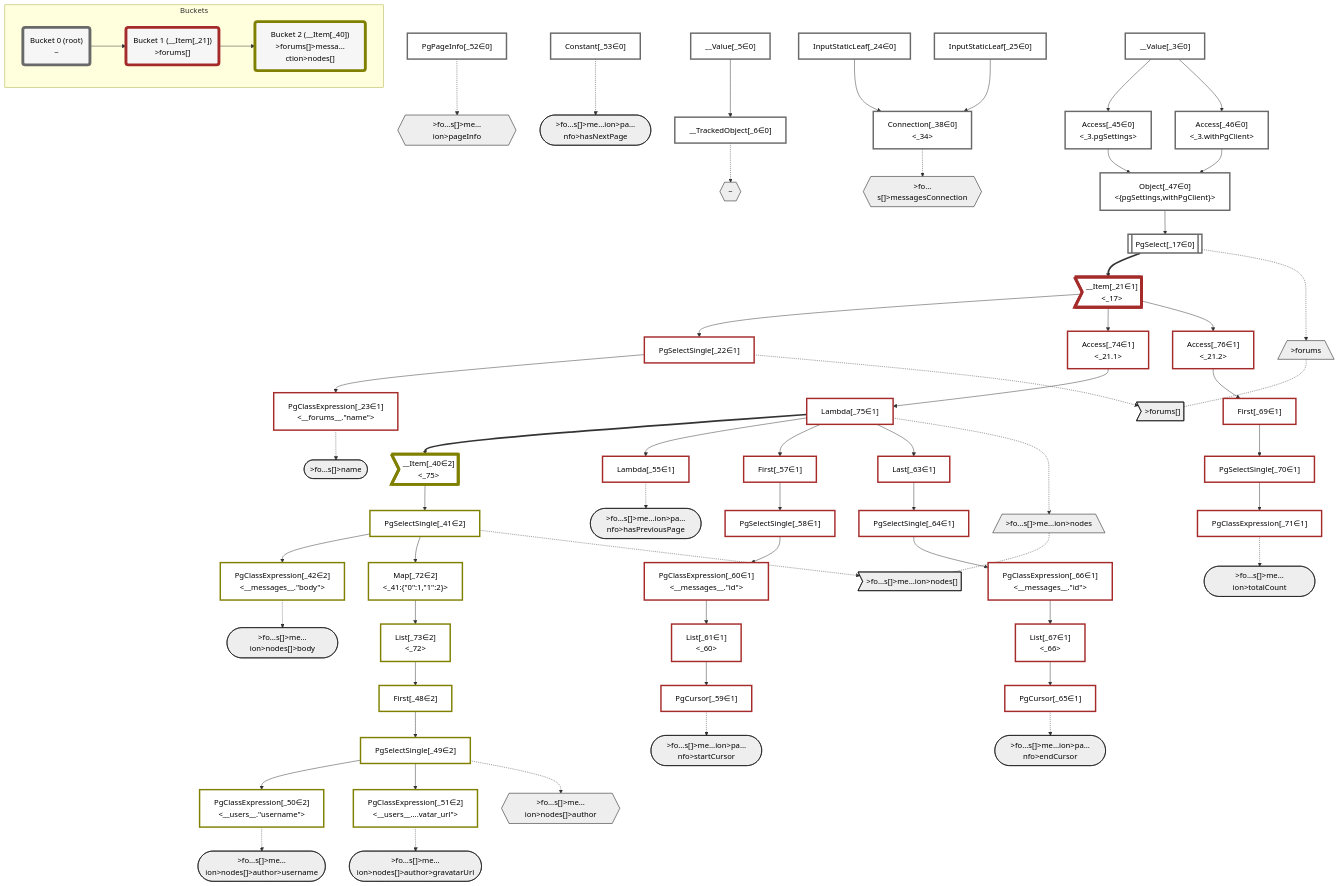
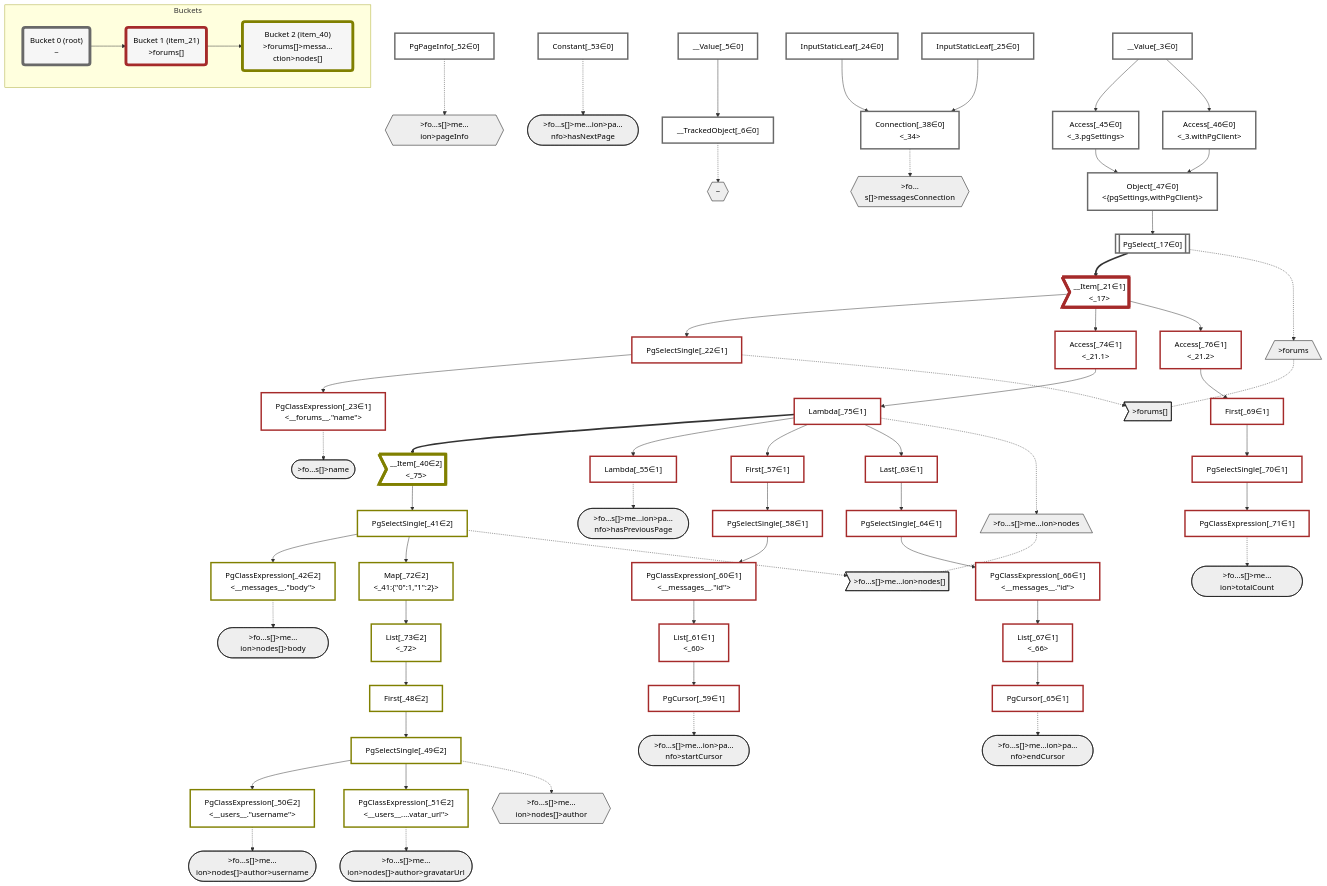
Before and after one commit to graphile/crystal: the diagram in packages/dataplan-pg/__tests__/queries/connections/pagination-when-inlined-backwards-nodes-only.mermaid.md, drawn with Mermaid. The commit also changed 159 other files, not shown here.

```diff
--- a/packages/dataplan-pg/__tests__/queries/connections/pagination-when-inlined-backwards-nodes-only.mermaid.md
+++ b/packages/dataplan-pg/__tests__/queries/connections/pagination-when-inlined-backwards-nodes-only.mermaid.md
@@ -154,10 +154,10 @@
     subgraph Buckets
     Bucket0("Bucket 0 (root)<br />~"):::bucket
     style Bucket0 stroke:#696969
-    Bucket1("Bucket 1 (__Item[_21])<br />>forums[]"):::bucket
+    Bucket1("Bucket 1 (item_21)<br />>forums[]"):::bucket
     style Bucket1 stroke:#a52a2a
     Bucket0 --> Bucket1
-    Bucket2("Bucket 2 (__Item[_40])<br />>forums[]>messa…ction>nodes[]"):::bucket
+    Bucket2("Bucket 2 (item_40)<br />>forums[]>messa…ction>nodes[]"):::bucket
     style Bucket2 stroke:#808000
     Bucket1 --> Bucket2
     end
```
